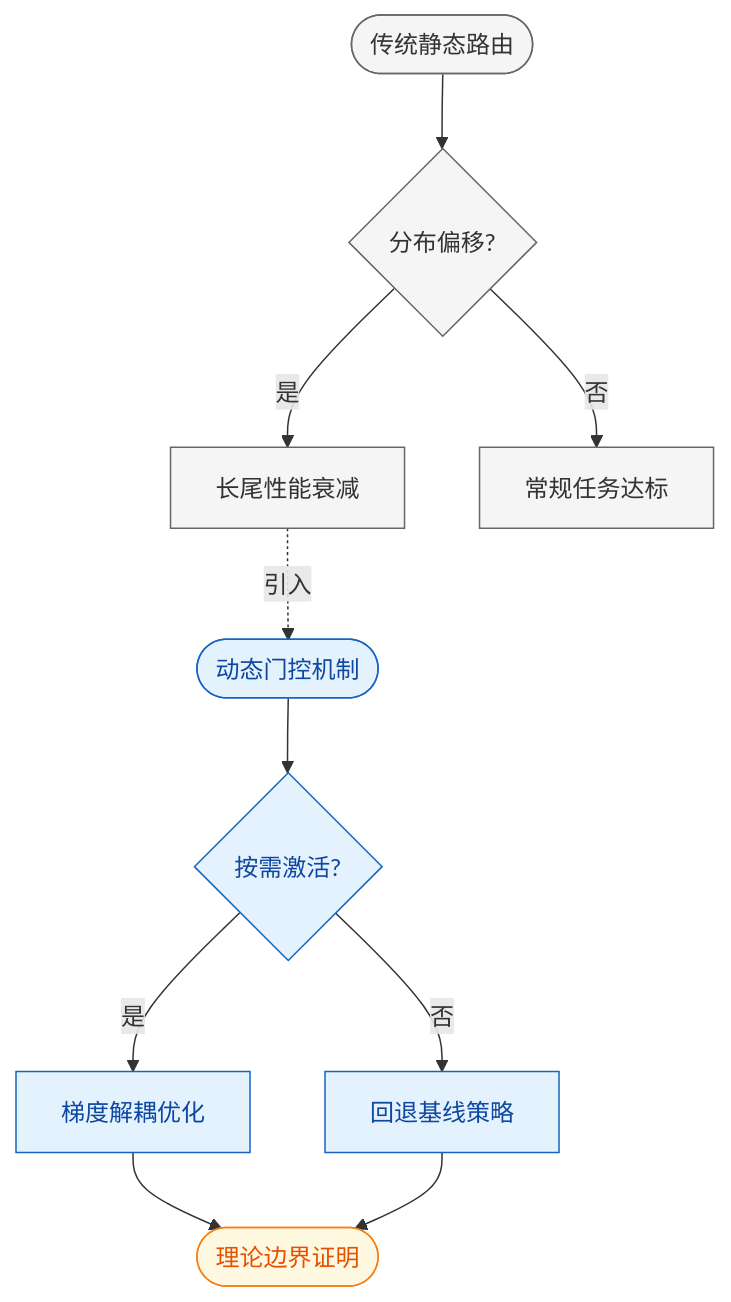
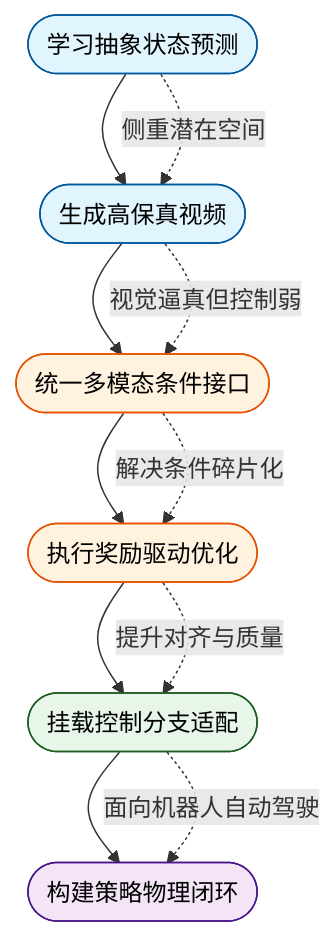
One commit to ShinewineW/paper-rolling changed the tenth of 10 diagrams in person_vault/2026-06-12_WorldSimulationWithVideoFoundationModels_2511.00062/report.md. Above: the diagram before and after it, drawn with Mermaid. The commit also changed other lines of this file and 51 other files, not shown here.

````diff
--- a/person_vault/2026-06-12_WorldSimulationWithVideoFoundationModels_2511.00062/report.md
+++ b/person_vault/2026-06-12_WorldSimulationWithVideoFoundationModels_2511.00062/report.md
@@ -485,22 +818,19 @@
 ```mermaid
-flowchart TB
-    classDef legacy fill:#f5f5f5,stroke:#666,color:#333;
-    classDef core fill:#e3f2fd,stroke:#1565c0,color:#0d47a1;
-    classDef future fill:#fff8e1,stroke:#f57f17,color:#e65100;
+flowchart TD
+    classDef gen fill:#e1f5fe,stroke:#01579b,color:#000;
+    classDef unify fill:#fff3e0,stroke:#e65100,color:#000;
+    classDef sim fill:#e8f5e9,stroke:#1b5e20,color:#000;
+    classDef future fill:#f3e5f5,stroke:#4a148c,color:#000;
 
-    start(["传统静态路由"]) --> check{分布偏移?}
-    check -- 是 --> fail["长尾性能衰减"]
-    check -- 否 --> legacy_ok["常规任务达标"]
-    
-    fail -. 引入 .-> gate(["动态门控机制"])
-    gate --> route{按需激活?}
-    route -- 是 --> gain["梯度解耦优化"]
-    route -- 否 --> fallback["回退基线策略"]
-    
-    gain --> next(["理论边界证明"])
-    fallback --> next
-    
-    class start,check,fail,legacy_ok legacy;
-    class gate,route,gain,fallback core;
-    class next future;
+    A(["学习抽象状态预测"]):::gen --> B(["生成高保真视频"]):::gen
+    B --> C(["统一多模态条件接口"]):::unify
+    C --> D(["执行奖励驱动优化"]):::unify
+    D --> E(["挂载控制分支适配"]):::sim
+    E --> F(["构建策略物理闭环"]):::future
+
+    A -. 侧重潜在空间 .-> B
+    B -. 视觉逼真但控制弱 .-> C
+    C -. 解决条件碎片化 .-> D
+    D -. 提升对齐与质量 .-> E
+    E -. 面向机器人自动驾驶 .-> F
 ```
````
